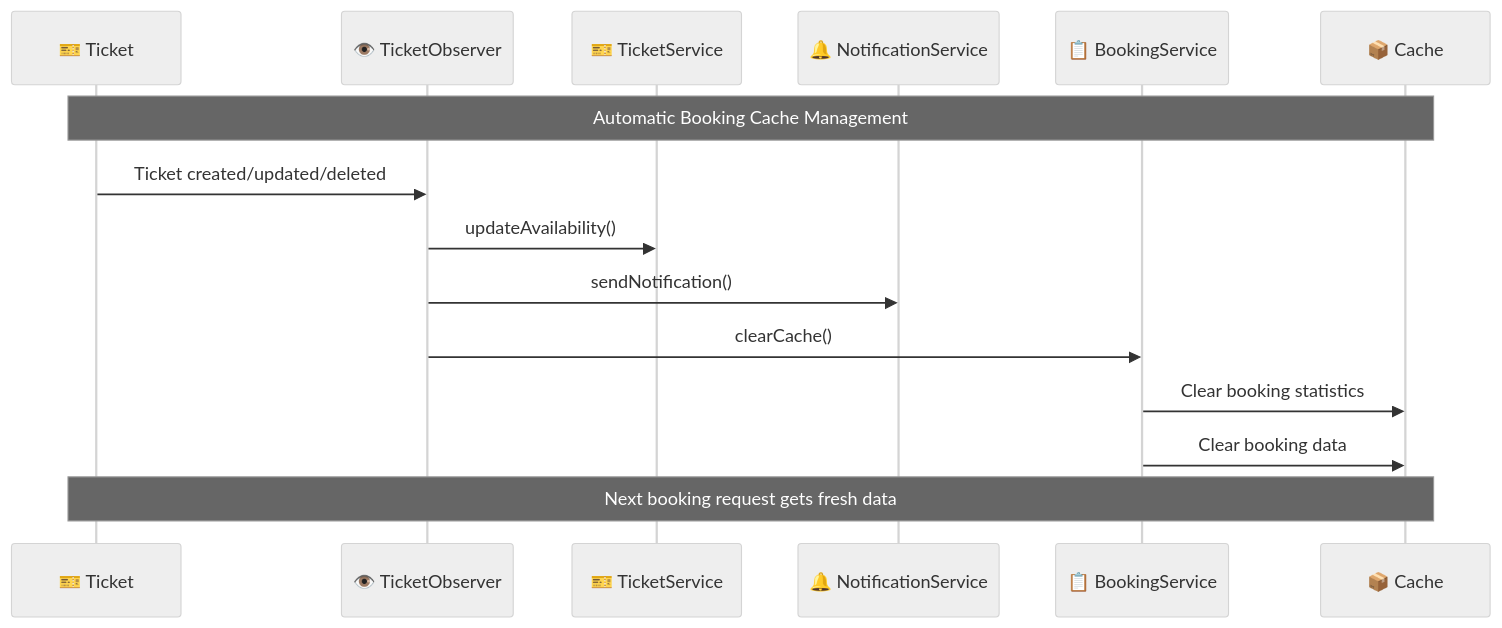
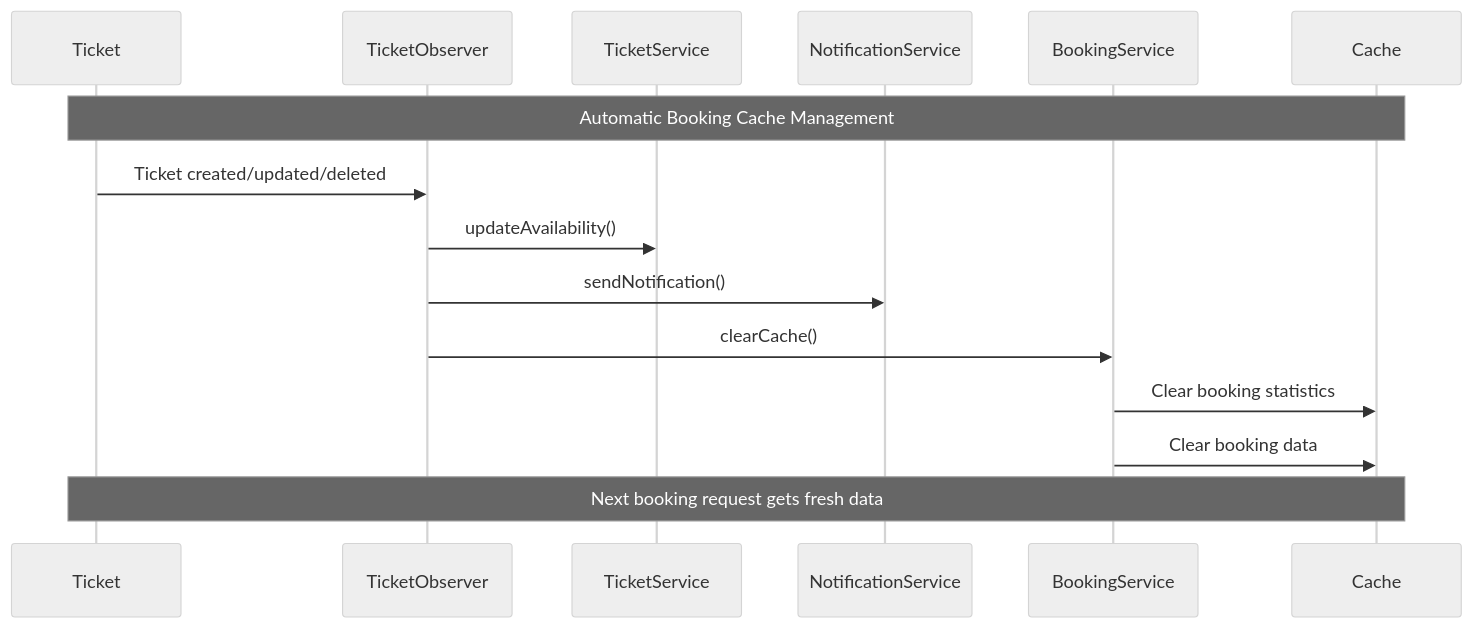
Diagram 17 of 20 in README.md (Event-Management-Ticketing-System-EMTS/Event-Management-Ticketing-System), drawn with Mermaid (neutral theme) before and after one commit. The commit also changed other lines of this file, not shown here.

First line of the commit message:
Revise project timeline and added jira timeline based chart details

````diff
--- a/README.md
+++ b/README.md
@@ -1994,20 +1994,20 @@
 ```mermaid
 sequenceDiagram
-    participant T as 🎫 Ticket
-    participant O as 👁️ TicketObserver
-    participant TS as 🎫 TicketService
-    participant NS as 🔔 NotificationService
-    participant BS as 📋 BookingService
-    participant C as 📦 Cache
+    participant T as  Ticket
+    participant O as  TicketObserver
+    participant TS as  TicketService
+    participant NS as  NotificationService
+    participant BS as  BookingService
+    participant C as  Cache
 
     Note over T,C: Automatic Booking Cache Management
  
     T->>O: Ticket created/updated/deleted
     O->>TS: updateAvailability()
     O->>NS: sendNotification()
     O->>BS: clearCache()
     BS->>C: Clear booking statistics
     BS->>C: Clear booking data
  
     Note over T,C: Next booking request gets fresh data
 ```
````
